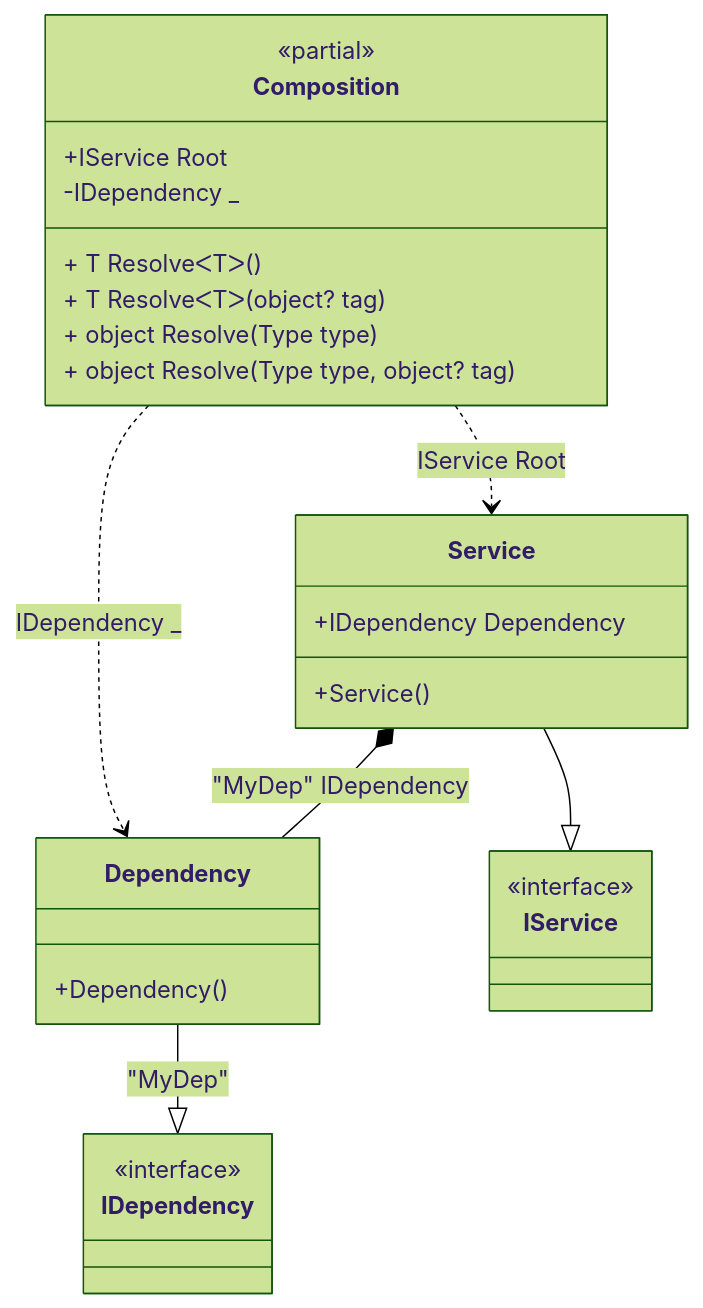
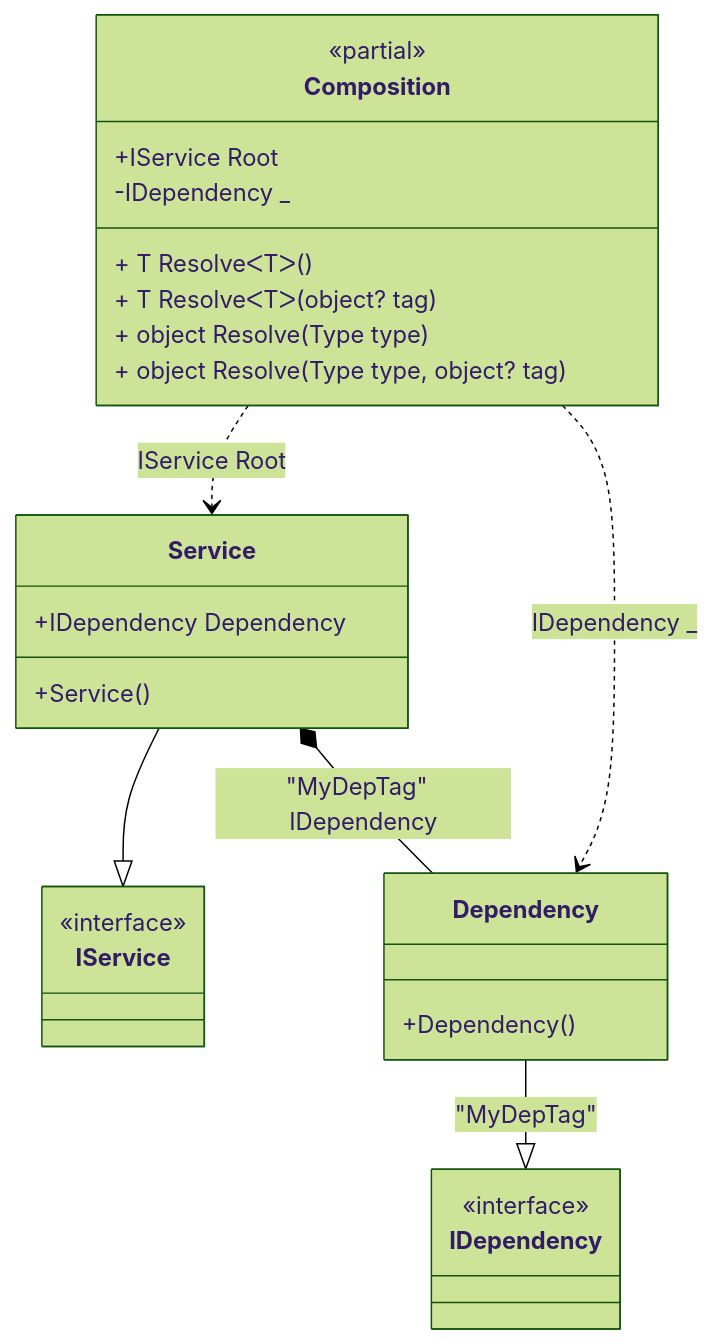
One commit to DevTeam/Pure.DI changed the diagram in readme/check-for-a-root.md. Above: the diagram before and after it, drawn with Mermaid (forest theme). The commit also changed other lines of this file and 92 other files, not shown here.

````diff
--- a/readme/check-for-a-root.md
+++ b/readme/check-for-a-root.md
@@ -244,30 +244,30 @@
 ```mermaid
 classDiagram
 	class Composition {
 		<<partial>>
 		+IService Root
 		-IDependency _
 		+ T ResolveᐸTᐳ()
 		+ T ResolveᐸTᐳ(object? tag)
 		+ object Resolve(Type type)
 		+ object Resolve(Type type, object? tag)
 	}
-	Dependency --|> IDependency : "MyDep" 
-	class Dependency {
-		+Dependency()
-	}
 	Service --|> IService
 	class Service {
 		+Service()
 		+IDependency Dependency
 	}
-	class IDependency {
-		<<interface>>
+	Dependency --|> IDependency : "MyDepTag" 
+	class Dependency {
+		+Dependency()
 	}
 	class IService {
 		<<interface>>
 	}
+	class IDependency {
+		<<interface>>
+	}
 	Composition ..> Service : IService Root
 	Composition ..> Dependency : IDependency _
-	Service *--  Dependency : "MyDep"  IDependency
+	Service *--  Dependency : "MyDepTag"  IDependency
 ```
````
